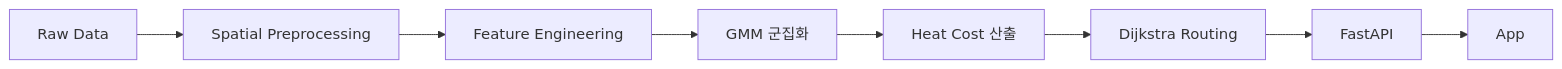
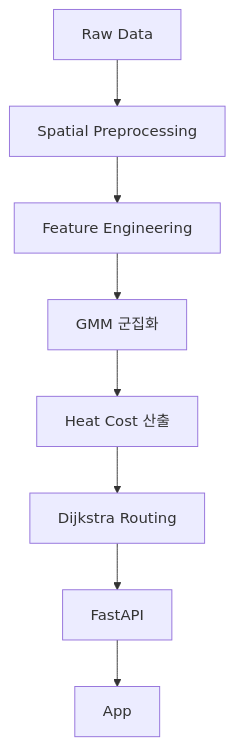
Before and after one commit to bloom-sy/on-gil-ai-route: the diagram in README.md, drawn with Mermaid.

Commit message:
Fix formatting issues in README.md

````diff
--- a/README.md
+++ b/README.md
@@ -25,10 +25,10 @@
 ```mermaid
-flowchart LR
+flowchart TD
     A[Raw Data] --> B[Spatial Preprocessing]
     B --> C[Feature Engineering]
     C --> D[GMM 군집화]
     D --> E[Heat Cost 산출]
     E --> F[Dijkstra Routing]
     F --> G[FastAPI]
     G --> H[App]
 ```
````
